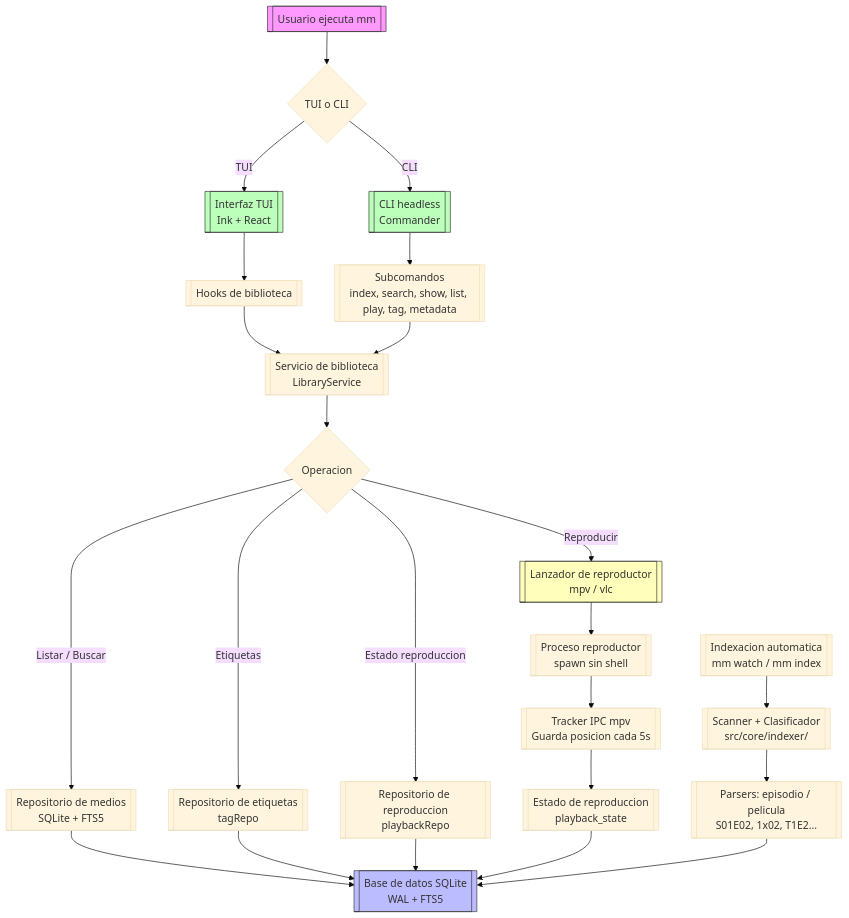
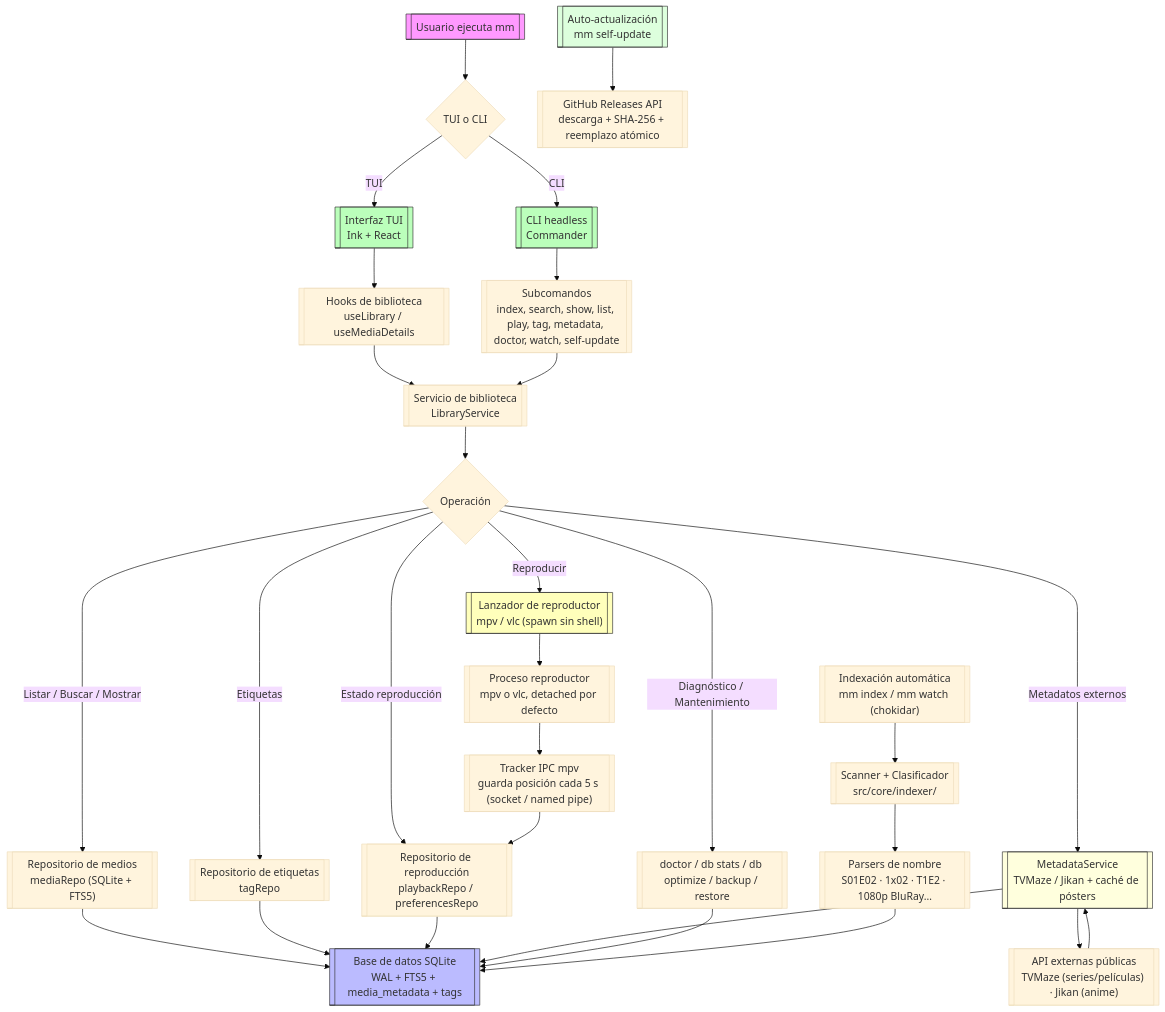
One commit to Angel-p-v/media-manager changed the diagram in README.md. Above: the diagram before and after it, drawn with Mermaid (base theme). The commit also changed other lines of this file, not shown here.

Commit message:
docs(readme): actualiza diagrama de flujos y dependencias del sistema (#296)
- Diagrama de flujos completo: agrega metadatos externos (TVMaze/Jikan +
  caché de pósters), estado de reproducción/tracker IPC, auto-actualización,
  diagnóstico/db y tags junto al flujo de indexación y reproducción.
- Nueva sección 'Dependencias del sistema' con mpv/vlc, chafa y Node.js,
  incluidas las instalaciones por SO (apt/dnf/pacman/apk/brew, winget,
  chocolatey) y 'mm doctor' para verificar qué falta.
- Corrige proveedores de metadatos: TMDB -> TVMaze (coincide con el código,
  que usa TVMaze para series/películas y Jikan para anime).
- Actualiza nota de macOS y la tabla de características (playlist, db
  backup/restore/optimize/stats).

````diff
--- a/README.md
+++ b/README.md
@@ -456,39 +481,49 @@
 ```mermaid
 flowchart TD
     A[["Usuario ejecuta mm"]] --> B{"TUI o CLI"}
 
     B -->|TUI| C[["Interfaz TUI<br/>Ink + React"]]
     B -->|CLI| D[["CLI headless<br/>Commander"]]
 
-    C --> E[["Hooks de biblioteca"]]
-    D --> F[["Subcomandos<br/>index, search, show, list, play, tag, metadata"]]
+    C --> E[["Hooks de biblioteca<br/>useLibrary / useMediaDetails"]]
+    D --> F[["Subcomandos<br/>index, search, show, list, play, tag, metadata, doctor, watch, self-update"]]
 
     E --> G[["Servicio de biblioteca<br/>LibraryService"]]
     F --> G
 
-    G --> H{"Operacion"}
+    G --> H{"Operación"}
 
-    H -->|Listar / Buscar| I[["Repositorio de medios<br/>SQLite + FTS5"]]
-    H -->|Reproducir| J[["Lanzador de reproductor<br/>mpv / vlc"]]
+    H -->|Listar / Buscar / Mostrar| I[["Repositorio de medios<br/>mediaRepo (SQLite + FTS5)"]]
+    H -->|Reproducir| J[["Lanzador de reproductor<br/>mpv / vlc (spawn sin shell)"]]
     H -->|Etiquetas| K[["Repositorio de etiquetas<br/>tagRepo"]]
-    H -->|Estado reproduccion| L[["Repositorio de reproduccion<br/>playbackRepo"]]
+    H -->|Estado reproducción| L[["Repositorio de reproducción<br/>playbackRepo / preferencesRepo"]]
+    H -->|Metadatos externos| N[["MetadataService<br/>TVMaze / Jikan + caché de pósters"]]
+    H -->|Diagnóstico / Mantenimiento| O[["doctor / db stats / db optimize / backup / restore"]]
 
-    I --> M[["Base de datos SQLite<br/>WAL + FTS5"]]
-    J --> N[["Proceso reproductor<br/>spawn sin shell"]]
+    I --> M[["Base de datos SQLite<br/>WAL + FTS5 + media_metadata + tags"]]
+    J --> P[["Proceso reproductor<br/>mpv o vlc, detached por defecto"]]
     K --> M
     L --> M
+    N --> M
+    O --> M
 
-    N --> O[["Tracker IPC mpv<br/>Guarda posicion cada 5s"]]
-    O --> P[["Estado de reproduccion<br/>playback_state"]]
-    P --> M
+    P --> Q[["Tracker IPC mpv<br/>guarda posición cada 5 s (socket / named pipe)"]]
+    Q --> L
 
-    Q[["Indexacion automatica<br/>mm watch / mm index"]] --> R[["Scanner + Clasificador<br/>src/core/indexer/"]]
-    R --> S[["Parsers: episodio / pelicula<br/>S01E02, 1x02, T1E2..."]]
-    S --> M
+    R[["Indexación automática<br/>mm index / mm watch (chokidar)"]] --> S[["Scanner + Clasificador<br/>src/core/indexer/"]]
+    S --> T[["Parsers de nombre<br/>S01E02 · 1x02 · T1E2 · 1080p BluRay…"]]
+    T --> M
+
+    N --> U[["API externas públicas<br/>TVMaze (series/películas) · Jikan (anime)"]]
+    U --> N
+
+    V[["Auto-actualización<br/>mm self-update"]] --> W[["GitHub Releases API<br/>descarga + SHA-256 + reemplazo atómico"]]
 
     style A fill:#f9f,stroke:#333
     style M fill:#bbf,stroke:#333
     style J fill:#ffb,stroke:#333
     style C fill:#bfb,stroke:#333
     style D fill:#bfb,stroke:#333
+    style N fill:#ffd,stroke:#333
+    style V fill:#dfd,stroke:#333
 ```
````
